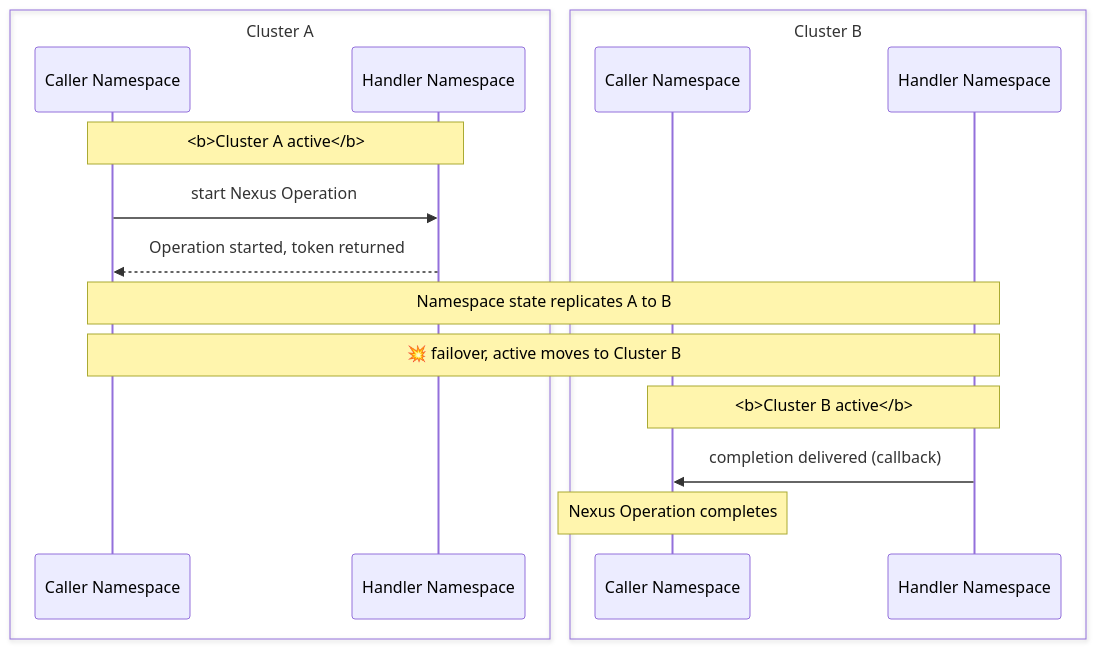
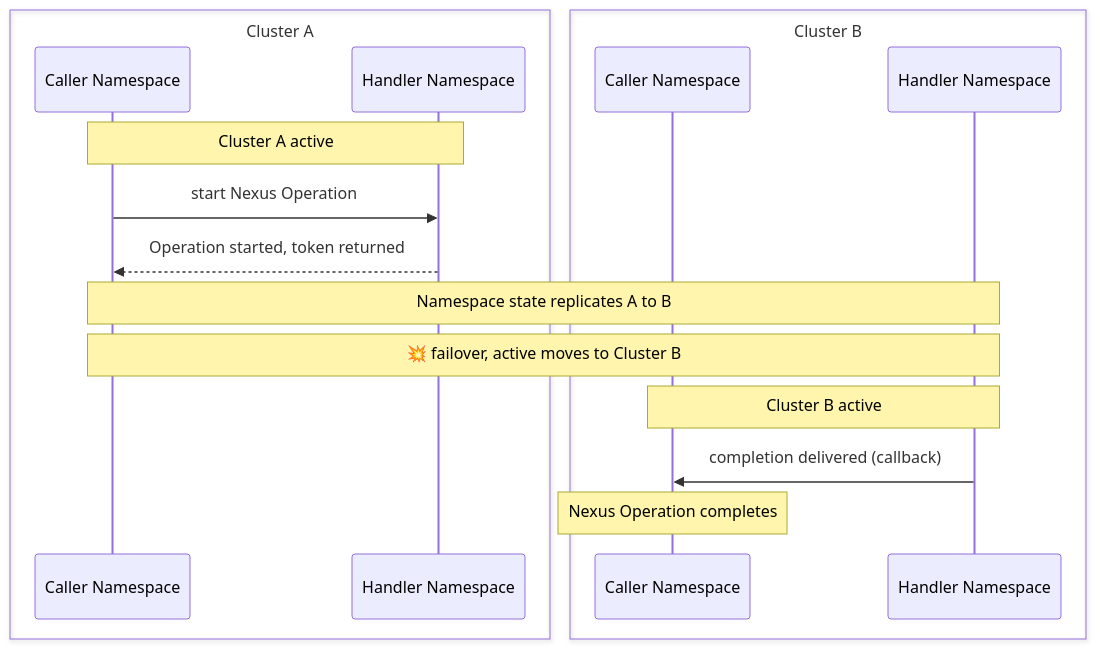
The diagram in docs/production-deployment/self-hosted-guide/temporal-nexus.mdx (temporalio/documentation), drawn with Mermaid before and after one commit.

Commit message:
Revert HTML bold in diagram notes (not rendered under strict mermaid)

````diff
--- a/docs/production-deployment/self-hosted-guide/temporal-nexus.mdx
+++ b/docs/production-deployment/self-hosted-guide/temporal-nexus.mdx
@@ -141,19 +141,19 @@
 ```mermaid
 sequenceDiagram
     box Cluster A
     participant caA as Caller Namespace
     participant haA as Handler Namespace
     end
     box Cluster B
     participant caB as Caller Namespace
     participant haB as Handler Namespace
     end
-    Note over caA,haA: <b>Cluster A active</b>
+    Note over caA,haA: Cluster A active
     caA->>haA: start Nexus Operation
     haA-->>caA: Operation started, token returned
     Note over caA,haB: Namespace state replicates A to B
     Note over caA,haB: 💥 failover, active moves to Cluster B
-    Note over caB,haB: <b>Cluster B active</b>
+    Note over caB,haB: Cluster B active
     haB->>caB: completion delivered (callback)
     Note over caB: Nexus Operation completes
 ```
````
